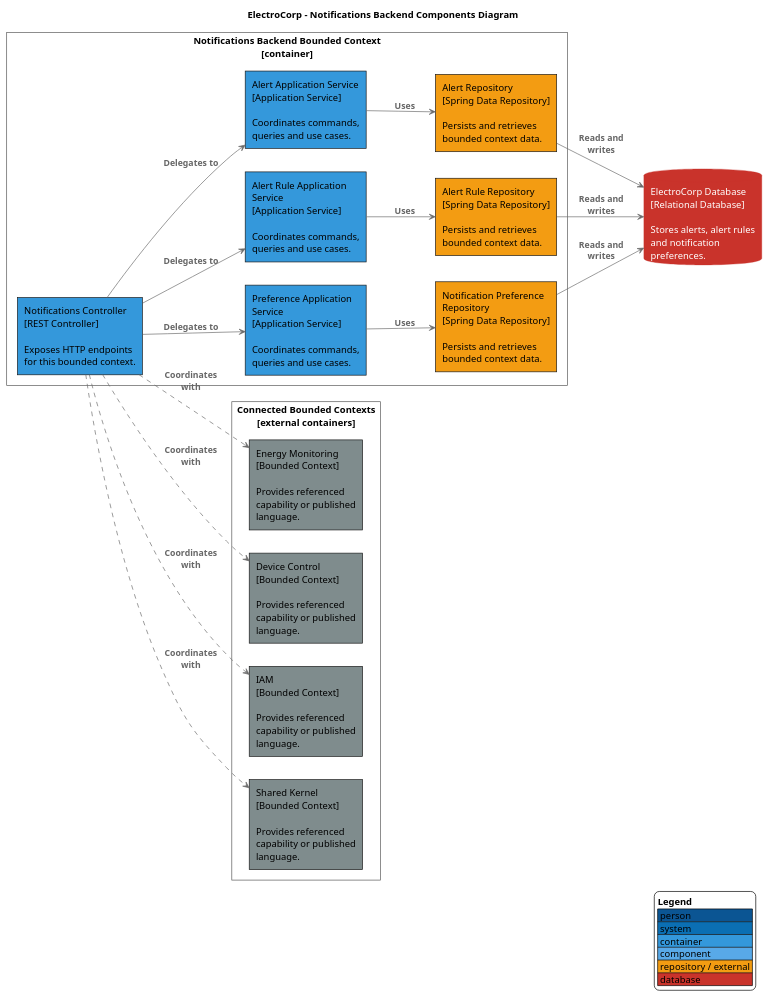
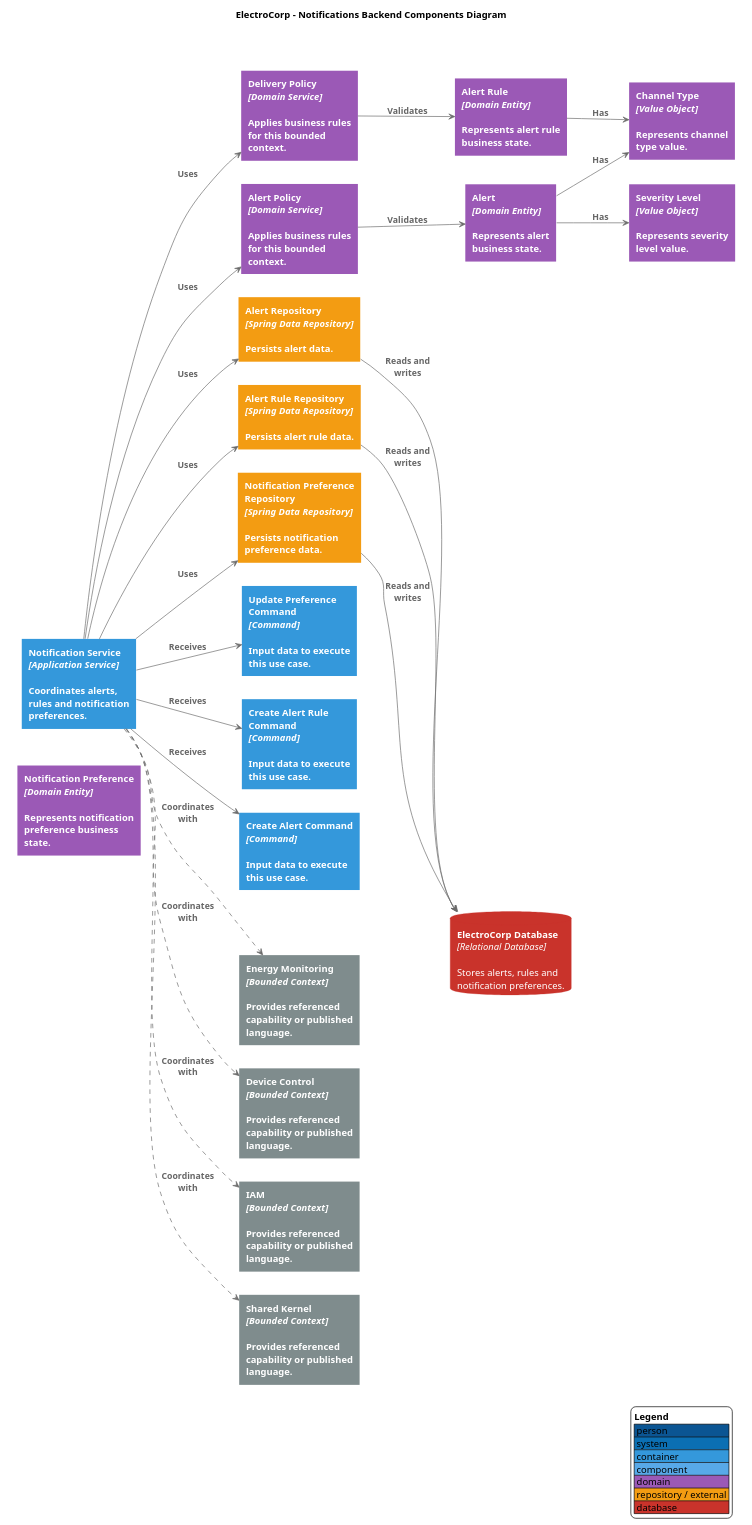
The diagram in docs/diagrams/components/backend/bounded-contexts/notifications-backend-components.puml (upc-pre-202610-1asi0729-11896-ecorp/electrocorp-report), drawn with PlantUML before and after one commit. The commit also changed 22 other files, not shown here.

Commit message:
style(docs): redesign c4 diagrams with visual ui layout

```diff
--- a/docs/diagrams/components/backend/bounded-contexts/notifications-backend-components.puml
+++ b/docs/diagrams/components/backend/bounded-contexts/notifications-backend-components.puml
@@ -1,63 +1,79 @@
 @startuml
 skinparam backgroundColor #FFFFFF
 skinparam shadowing false
 skinparam defaultFontName Arial
-skinparam wrapWidth 180
+skinparam wrapWidth 170
 skinparam maxMessageSize 90
 skinparam ArrowColor #6B6B6B
 skinparam ArrowFontColor #666666
 skinparam ArrowFontStyle bold
 skinparam rectangleRoundCorner 0
-skinparam rectangleBorderThickness 1
+skinparam rectangleBorderThickness 0
+skinparam rectangleFontColor #FFFFFF
+skinparam rectangleFontStyle bold
 skinparam packageStyle rectangle
 skinparam packageBorderColor #555555
 skinparam packageBackgroundColor transparent
 skinparam packageFontColor #444444
 skinparam packageFontStyle bold
 skinparam databaseBackgroundColor #C9332B
 skinparam databaseBorderColor #C9332B
 skinparam databaseFontColor #FFFFFF
 hide stereotype
 title ElectroCorp - Notifications Backend Components Diagram
 left to right direction
 
-
 package "Notifications Backend Bounded Context\n[container]" {
-  rectangle "Notifications Controller\n[REST Controller]\n\nExposes HTTP endpoints for this bounded context." as B0 #3498DB
-  rectangle "Alert Application Service\n[Application Service]\n\nCoordinates commands, queries and use cases." as B1 #3498DB
-  rectangle "Alert Rule Application Service\n[Application Service]\n\nCoordinates commands, queries and use cases." as B2 #3498DB
-  rectangle "Preference Application Service\n[Application Service]\n\nCoordinates commands, queries and use cases." as B3 #3498DB
-  rectangle "Alert Repository\n[Spring Data Repository]\n\nPersists and retrieves bounded context data." as R0 #F39C12
-  rectangle "Alert Rule Repository\n[Spring Data Repository]\n\nPersists and retrieves bounded context data." as R1 #F39C12
-  rectangle "Notification Preference Repository\n[Spring Data Repository]\n\nPersists and retrieves bounded context data." as R2 #F39C12
+  rectangle "<b>Notification Service</b>\n<i>[Application Service]</i>\n\nCoordinates alerts, rules and notification preferences." as Service #3498DB
+  rectangle "<b>Create Alert Command</b>\n<i>[Command]</i>\n\nInput data to execute this use case." as C0 #3498DB
+  rectangle "<b>Create Alert Rule Command</b>\n<i>[Command]</i>\n\nInput data to execute this use case." as C1 #3498DB
+  rectangle "<b>Update Preference Command</b>\n<i>[Command]</i>\n\nInput data to execute this use case." as C2 #3498DB
+  rectangle "<b>Alert Policy</b>\n<i>[Domain Service]</i>\n\nApplies business rules for this bounded context." as D0 #9B59B6
+  rectangle "<b>Delivery Policy</b>\n<i>[Domain Service]</i>\n\nApplies business rules for this bounded context." as D1 #9B59B6
+  rectangle "<b>Alert</b>\n<i>[Domain Entity]</i>\n\nRepresents alert business state." as E0 #9B59B6
+  rectangle "<b>Alert Rule</b>\n<i>[Domain Entity]</i>\n\nRepresents alert rule business state." as E1 #9B59B6
+  rectangle "<b>Notification Preference</b>\n<i>[Domain Entity]</i>\n\nRepresents notification preference business state." as E2 #9B59B6
+  rectangle "<b>Severity Level</b>\n<i>[Value Object]</i>\n\nRepresents severity level value." as V0 #9B59B6
+  rectangle "<b>Channel Type</b>\n<i>[Value Object]</i>\n\nRepresents channel type value." as V1 #9B59B6
+  rectangle "<b>Alert Repository</b>\n<i>[Spring Data Repository]</i>\n\nPersists alert data." as R0 #F39C12
+  rectangle "<b>Alert Rule Repository</b>\n<i>[Spring Data Repository]</i>\n\nPersists alert rule data." as R1 #F39C12
+  rectangle "<b>Notification Preference Repository</b>\n<i>[Spring Data Repository]</i>\n\nPersists notification preference data." as R2 #F39C12
 }
-database "ElectroCorp Database\n[Relational Database]\n\nStores alerts, alert rules and notification preferences." as Database
+database "<b>ElectroCorp Database</b>\n<i>[Relational Database]</i>\n\nStores alerts, rules and notification preferences." as Database
 package "Connected Bounded Contexts\n[external containers]" {
-  rectangle "Energy Monitoring\n[Bounded Context]\n\nProvides referenced capability or published language." as Dep0 #7F8C8D
-  rectangle "Device Control\n[Bounded Context]\n\nProvides referenced capability or published language." as Dep1 #7F8C8D
-  rectangle "IAM\n[Bounded Context]\n\nProvides referenced capability or published language." as Dep2 #7F8C8D
-  rectangle "Shared Kernel\n[Bounded Context]\n\nProvides referenced capability or published language." as Dep3 #7F8C8D
+  rectangle "<b>Energy Monitoring</b>\n<i>[Bounded Context]</i>\n\nProvides referenced capability or published language." as Dep0 #7F8C8D
+  rectangle "<b>Device Control</b>\n<i>[Bounded Context]</i>\n\nProvides referenced capability or published language." as Dep1 #7F8C8D
+  rectangle "<b>IAM</b>\n<i>[Bounded Context]</i>\n\nProvides referenced capability or published language." as Dep2 #7F8C8D
+  rectangle "<b>Shared Kernel</b>\n<i>[Bounded Context]</i>\n\nProvides referenced capability or published language." as Dep3 #7F8C8D
 }
-B0 --> B1 : Delegates to
-B0 --> B2 : Delegates to
-B0 --> B3 : Delegates to
-B1 --> R0 : Uses
-B2 --> R1 : Uses
-B3 --> R2 : Uses
+Service --> C0 : Receives
+Service --> C1 : Receives
+Service --> C2 : Receives
+Service --> D0 : Uses
+Service --> D1 : Uses
+Service --> R0 : Uses
+Service --> R1 : Uses
+Service --> R2 : Uses
+D0 --> E0 : Validates
+D1 --> E1 : Validates
+E0 --> V0 : Has
+E0 --> V1 : Has
+E1 --> V1 : Has
 R0 --> Database : Reads and writes
 R1 --> Database : Reads and writes
 R2 --> Database : Reads and writes
-B0 ..> Dep0 : Coordinates with
-B0 ..> Dep1 : Coordinates with
-B0 ..> Dep2 : Coordinates with
-B0 ..> Dep3 : Coordinates with
+Service ..> Dep0 : Coordinates with
+Service ..> Dep1 : Coordinates with
+Service ..> Dep2 : Coordinates with
+Service ..> Dep3 : Coordinates with
 legend right
   <b>Legend</b>
   |<#0B5593> person |
   |<#0B6FB3> system |
   |<#3498DB> container |
   |<#58A9E8> component |
+  |<#9B59B6> domain |
   |<#F39C12> repository / external |
   |<#C9332B> database |
 endlegend
 @enduml
```
